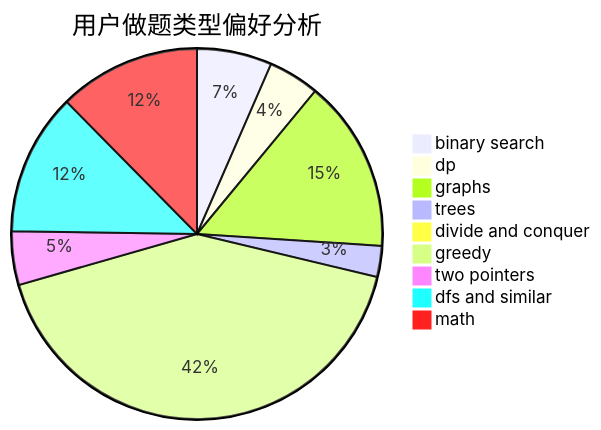
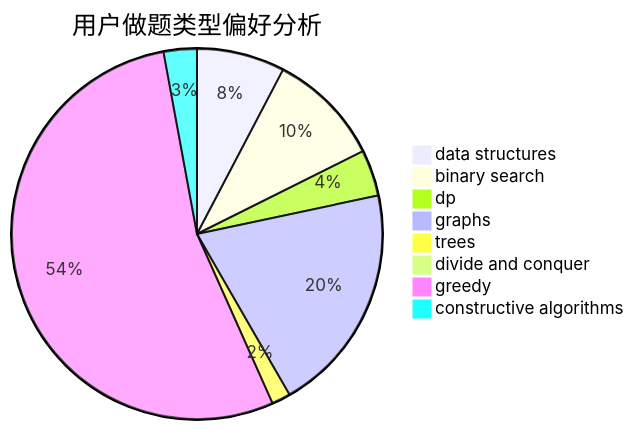
The second of 3 diagrams in docs/user/u1946.md (sherpahu/cfrs.github.io), drawn with Mermaid before and after one commit. The commit also changed other lines of this file and 2775 other files, not shown here.

````diff
--- a/docs/user/u1946.md
+++ b/docs/user/u1946.md
@@ -23,12 +23,11 @@
 ```mermaid
 pie title 用户做题类型偏好分析
-    "binary search" :  94
-    "dp" :  64
-    "graphs" :  216
-    "trees" :  39
-    "divide and conquer" :  5
-    "greedy" :  601
-    "two pointers" :  67
-    "dfs and similar" :  178
-    "math" :  178
+    "data structures" :  61
+    "binary search" :  79
+    "dp" :  32
+    "graphs" :  159
+    "trees" :  13
+    "divide and conquer" :  1
+    "greedy" :  427
+    "constructive algorithms" :  23
 ```
````
